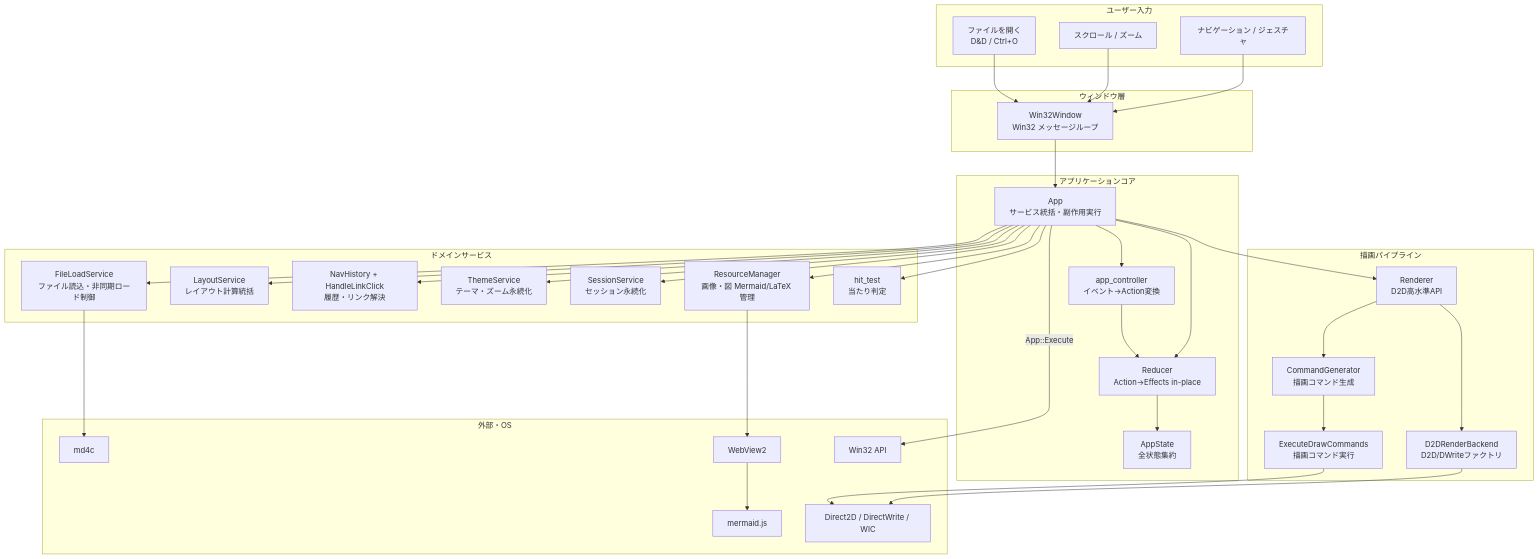
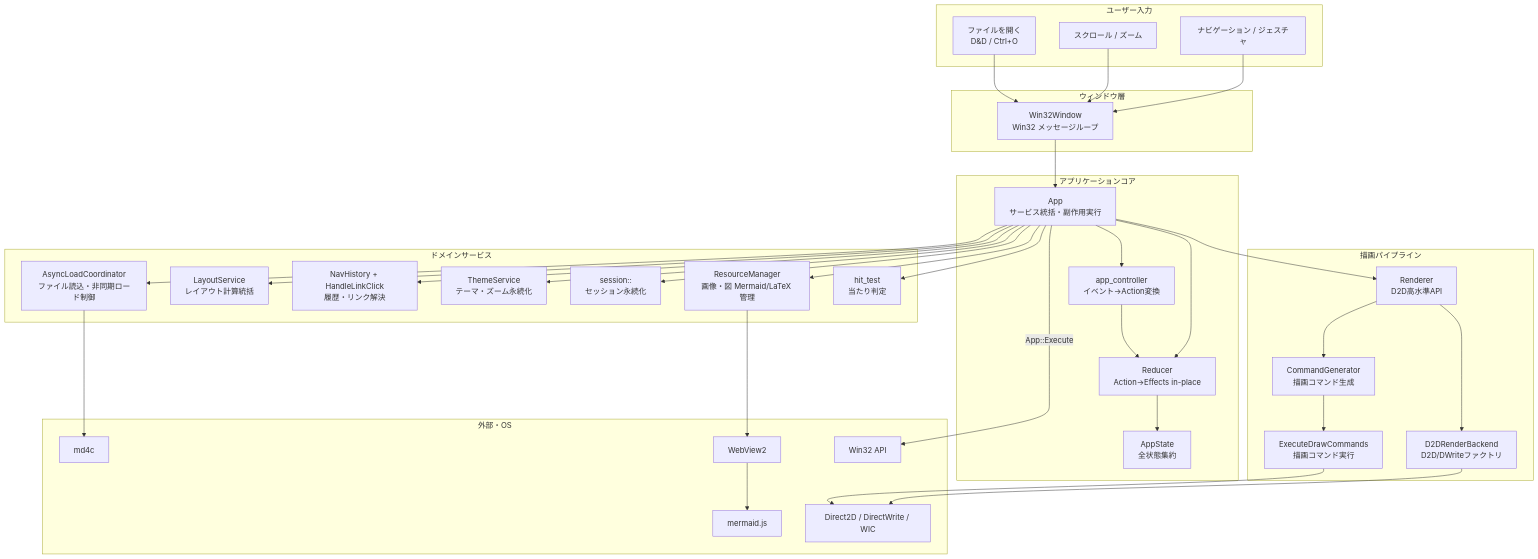
Before and after one commit to tanaton/mendo: the first of 27 diagrams in example/test.md, drawn with Mermaid. The commit also changed other lines of this file and 161 other files, not shown here.

````diff
--- a/example/test.md
+++ b/example/test.md
@@ -36,61 +36,61 @@
 ```mermaid
 graph TB
     subgraph ユーザー入力
         A[ファイルを開く<br>D&D / Ctrl+O]
         B[スクロール / ズーム]
         C[ナビゲーション / ジェスチャ]
     end
 
     subgraph ウィンドウ層
         W[Win32Window<br>Win32 メッセージループ]
     end
 
     subgraph アプリケーションコア
         APP[App<br>サービス統括・副作用実行]
         AS[AppState<br>全状態集約]
         RD[Reducer<br>Action→Effects in-place]
         AC[app_controller<br>イベント→Action変換]
     end
 
     subgraph ドメインサービス
-        FLS[FileLoadService<br>ファイル読込・非同期ロード制御]
+        FLS[AsyncLoadCoordinator<br>ファイル読込・非同期ロード制御]
         LS[LayoutService<br>レイアウト計算統括]
         NH[NavHistory + HandleLinkClick<br>履歴・リンク解決]
         TS[ThemeService<br>テーマ・ズーム永続化]
-        SS_SVC[SessionService<br>セッション永続化]
+        SS_SVC[session::<br>セッション永続化]
         RM[ResourceManager<br>画像・図 Mermaid/LaTeX 管理]
         HT[hit_test<br>当たり判定]
     end
 
     subgraph 描画パイプライン
         CG[CommandGenerator<br>描画コマンド生成]
         CE[ExecuteDrawCommands<br>描画コマンド実行]
         REN[Renderer<br>D2D高水準API]
         RB[D2DRenderBackend<br>D2D/DWriteファクトリ]
     end
 
     subgraph "外部・OS"
         MD[md4c]
         WV[WebView2]
         MJ[mermaid.js]
         D2D_OS[Direct2D / DirectWrite / WIC]
         OS[Win32 API]
     end
 
     A & B & C --> W
     W --> APP
     APP --> AC
     AC --> RD
     APP --> RD
     RD --> AS
     APP -->|App::Execute| OS
     APP --> REN
     REN --> CG
     CG --> CE
     REN --> RB
     CE & RB --> D2D_OS
     APP --> FLS & LS & NH & TS & SS_SVC & RM & HT
     FLS --> MD
     RM --> WV
     WV --> MJ
 ```
````
